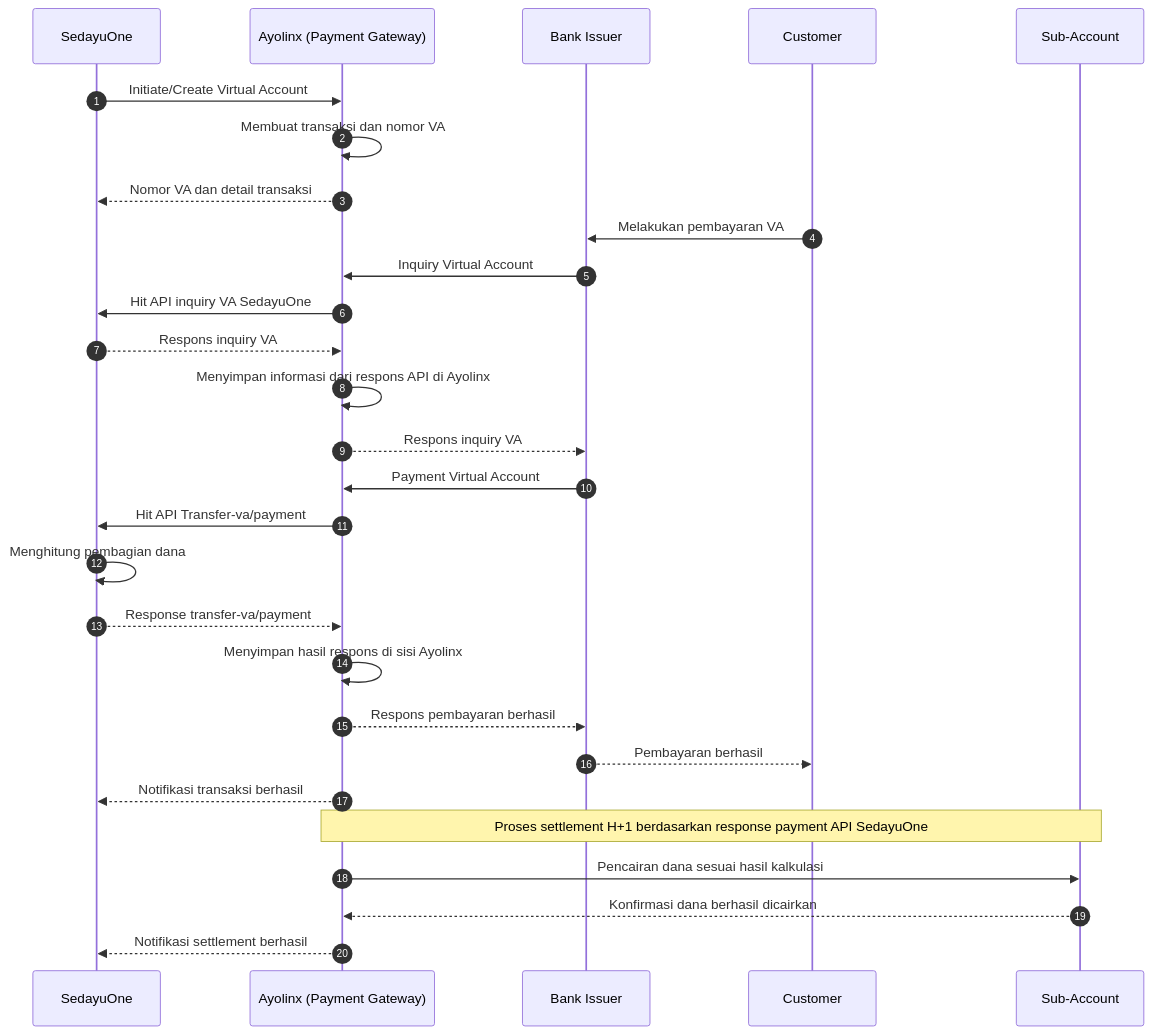
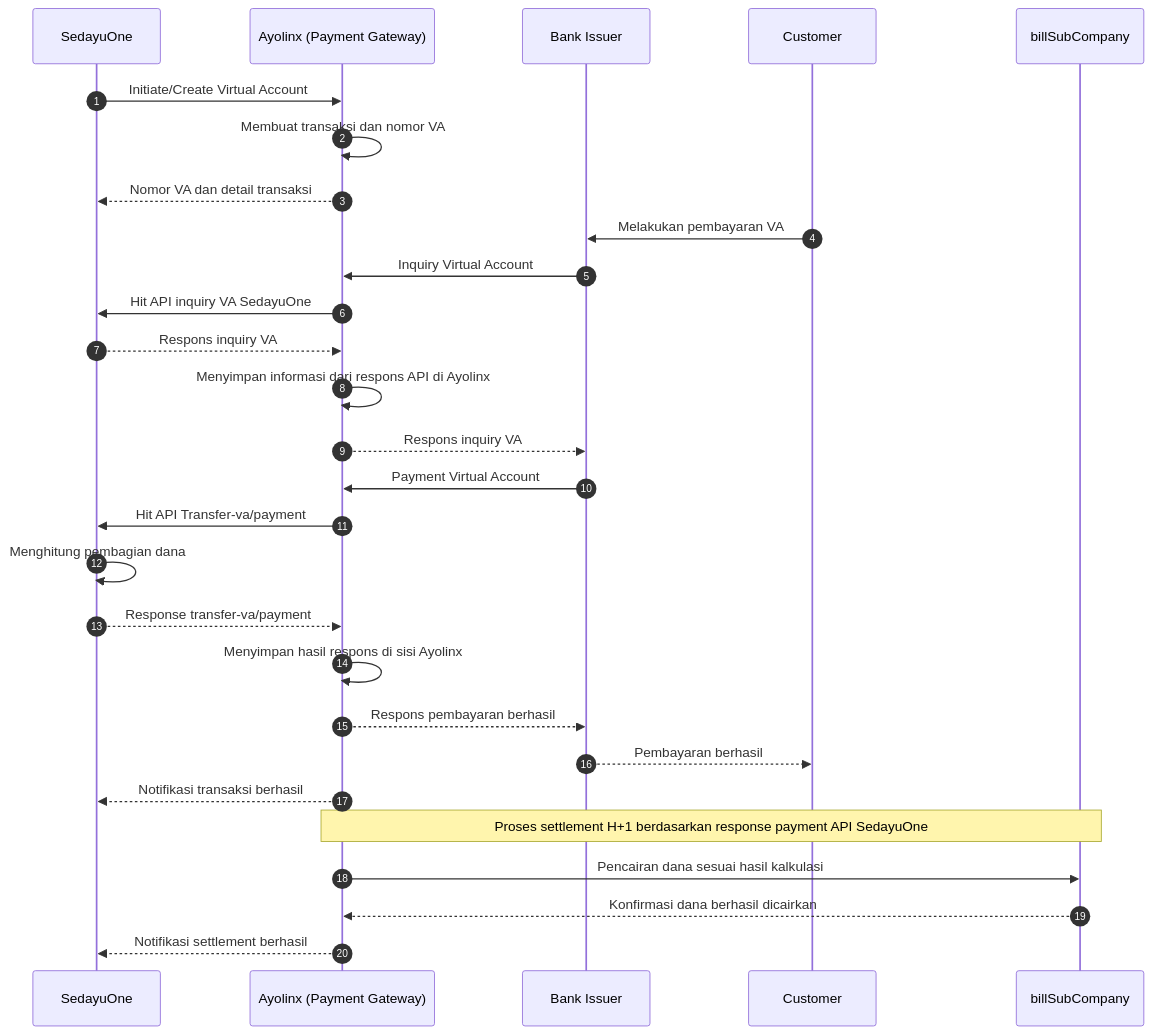
The diagram in sequence-diagram-va-sedayuone-ayolinx.md (pbutarbutar/flowipl), drawn with Mermaid before and after one commit. The commit also changed other lines of this file and 1 other file, not shown here.

````diff
--- a/sequence-diagram-va-sedayuone-ayolinx.md
+++ b/sequence-diagram-va-sedayuone-ayolinx.md
@@ -13,36 +13,36 @@
 ```mermaid
 sequenceDiagram
     autonumber
     participant SO as SedayuOne
     participant PG as Ayolinx (Payment Gateway)
     participant BI as Bank Issuer
     participant C as Customer
-    participant SA as Sub-Account
+    participant SA as billSubCompany
 
     SO->>PG: Initiate/Create Virtual Account
     PG->>PG: Membuat transaksi dan nomor VA
     PG-->>SO: Nomor VA dan detail transaksi
 
     C->>BI: Melakukan pembayaran VA
     BI->>PG: Inquiry Virtual Account
     PG->>SO: Hit API inquiry VA SedayuOne
     SO-->>PG: Respons inquiry VA
     PG->>PG: Menyimpan informasi dari respons API di Ayolinx
     PG-->>BI: Respons inquiry VA
 
     BI->>PG: Payment Virtual Account
     PG->>SO: Hit API Transfer-va/payment
     SO->>SO: Menghitung pembagian dana
     SO-->>PG: Response transfer-va/payment
     PG->>PG: Menyimpan hasil respons di sisi Ayolinx
 
     PG-->>BI: Respons pembayaran berhasil
     BI-->>C: Pembayaran berhasil
     PG-->>SO: Notifikasi transaksi berhasil
 
     Note over PG,SA: Proses settlement H+1 berdasarkan response payment API SedayuOne
 
     PG->>SA: Pencairan dana sesuai hasil kalkulasi
     SA-->>PG: Konfirmasi dana berhasil dicairkan
     PG-->>SO: Notifikasi settlement berhasil
 ```
````
